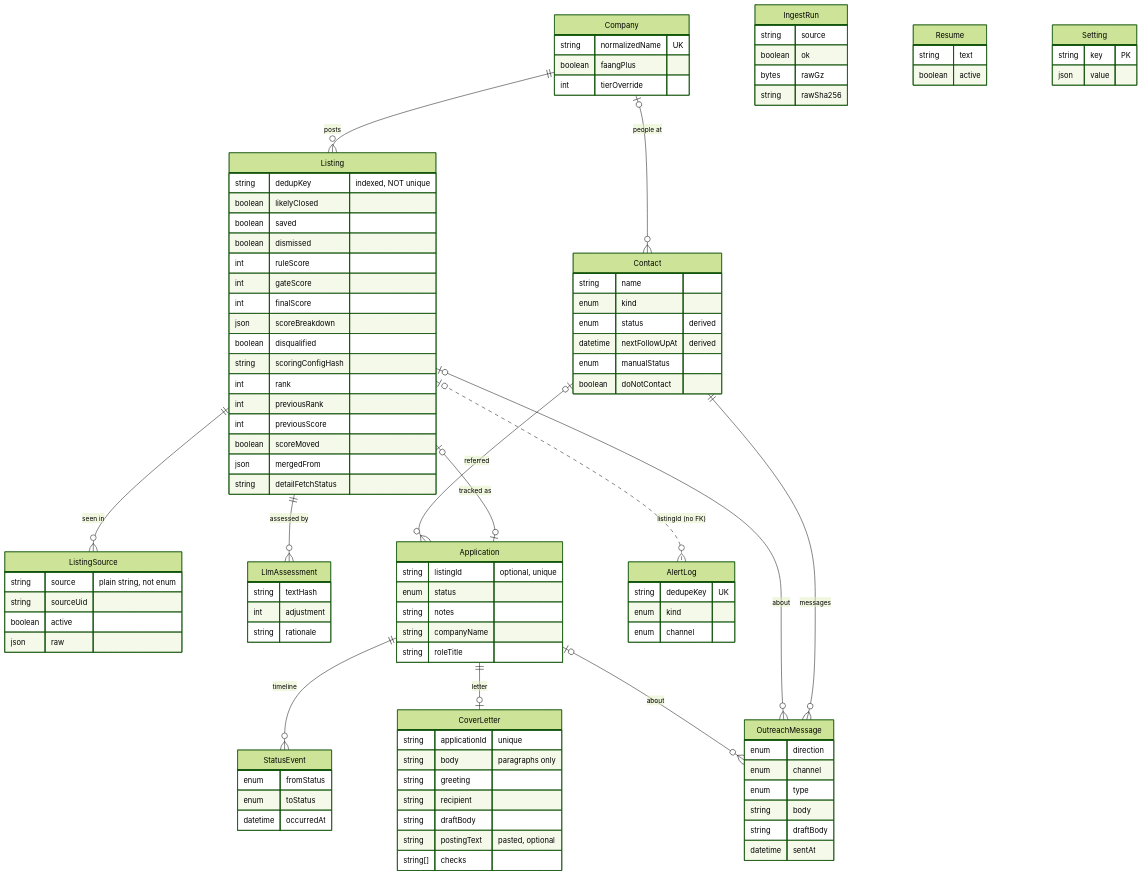
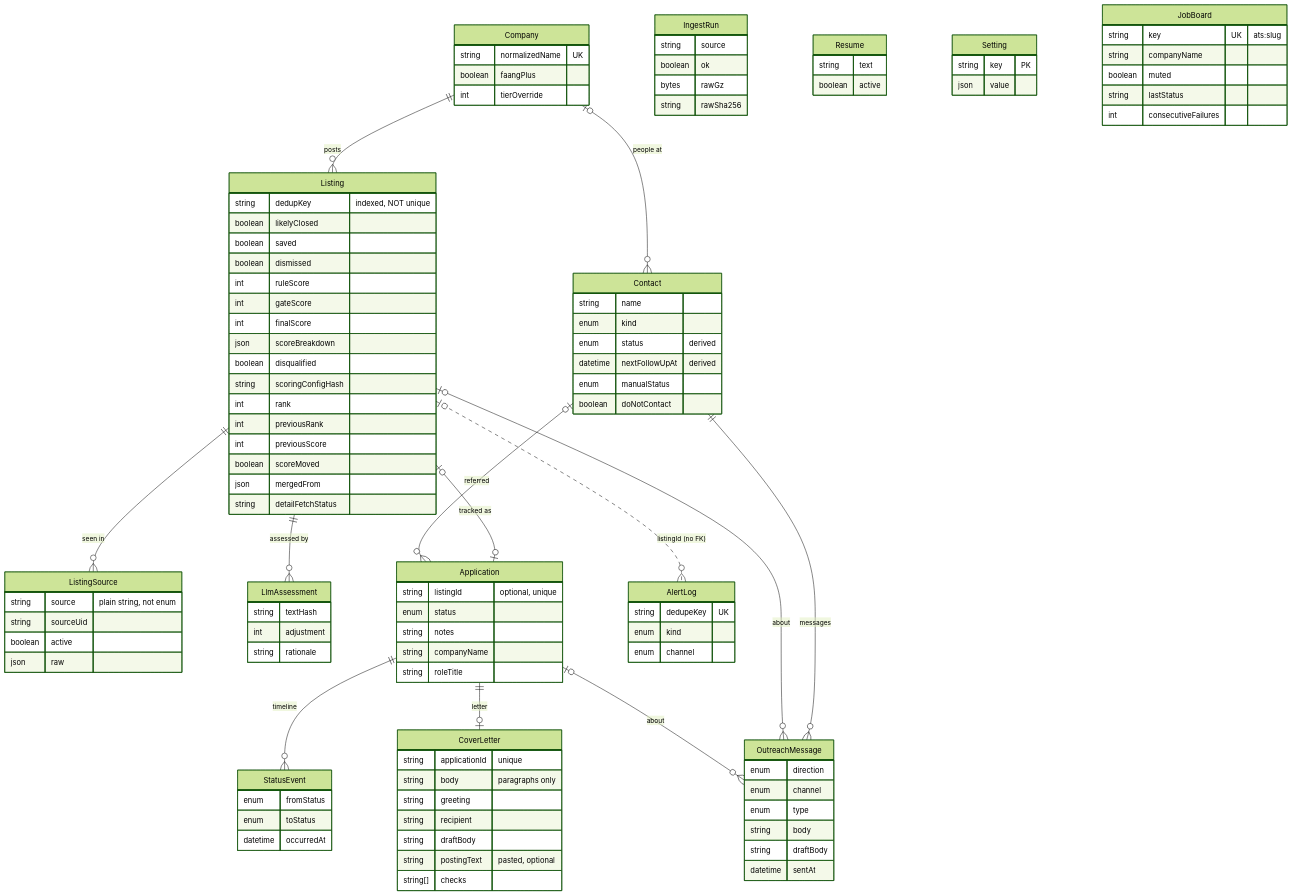
The second of 2 diagrams in docs/ARCHITECTURE.md (jaydenmistry/internship-tracker), drawn with Mermaid (forest theme) before and after one commit. The commit also changed other lines of this file and 35 other files, not shown here.

Commit message:
add company job boards and direct apply links

```diff
--- a/docs/ARCHITECTURE.md
+++ b/docs/ARCHITECTURE.md
@@ -160,6 +162,13 @@
     string key PK
     json value
   }
+  JobBoard {
+    string key UK "ats:slug"
+    string companyName
+    boolean muted
+    string lastStatus
+    int consecutiveFailures
+  }
   AlertLog {
     string dedupeKey UK
     enum kind
```
